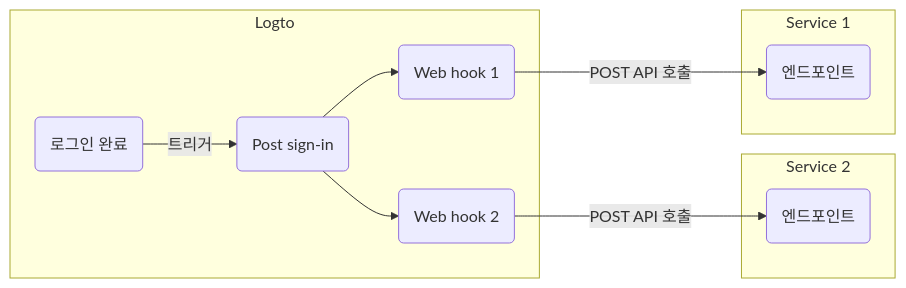
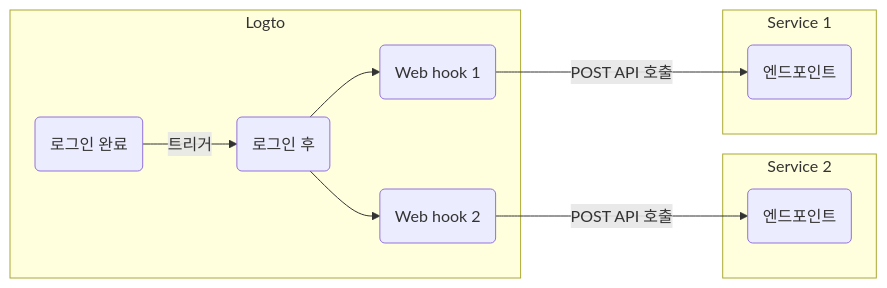
One commit to logto-io/docs changed the diagram in i18n/ko/docusaurus-plugin-content-docs/current/developers/webhooks/README.mdx. Above: the diagram before and after it, drawn with Mermaid. The commit also changed other lines of this file and 161 other files, not shown here.

````diff
--- a/i18n/ko/docusaurus-plugin-content-docs/current/developers/webhooks/README.mdx
+++ b/i18n/ko/docusaurus-plugin-content-docs/current/developers/webhooks/README.mdx
@@ -36,24 +38,24 @@
 ```mermaid
 graph LR
   subgraph Logto
     SF(로그인 완료)
-    PS(Post sign-in)
+    PS(로그인 후)
     WH2(Web hook 2)
     WH1(Web hook 1)
   end
 
   subgraph Service 2
     E2(엔드포인트)
   end
 
   subgraph Service 1
     E1(엔드포인트)
   end
 
   SF -->|트리거| PS
   PS --> WH1
   PS --> WH2
   WH1 --->|POST API 호출| E1
   WH2 --->|POST API 호출| E2
 
 ```
````
